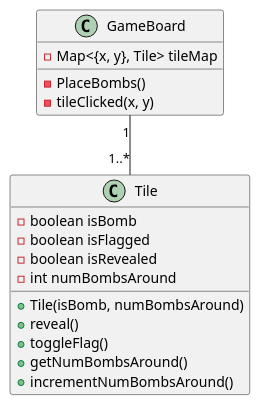
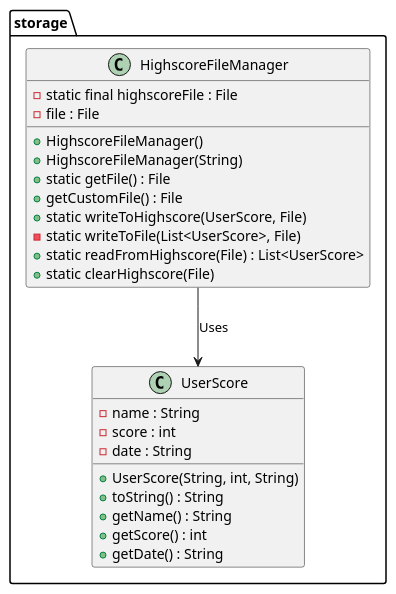
The diagram in minesweeper/clubs.plantuml (Ksund02/minesweeper), drawn with PlantUML before and after one commit.

Commit message:
PlantUML for packages storage

```diff
--- a/minesweeper/clubs.plantuml
+++ b/minesweeper/clubs.plantuml
@@ -1,30 +1,33 @@
 @startuml klasseDiag
 
+package storage {
 
-class Tile{
-    - boolean isBomb
-    - boolean isFlagged
-    - boolean isRevealed
-    - int numBombsAround
+    class HighscoreFileManager {
+        - static final highscoreFile : File
+        - file : File
+        + HighscoreFileManager()
+        + HighscoreFileManager(String)
+        + static getFile() : File
+        + getCustomFile() : File
+        + static writeToHighscore(UserScore, File)
+        - static writeToFile(List<UserScore>, File)
+        + static readFromHighscore(File) : List<UserScore>
+        + static clearHighscore(File)
+    }
 
-    + Tile(isBomb, numBombsAround)
-    + reveal()
-    + toggleFlag()
-    + getNumBombsAround()
-    + incrementNumBombsAround()
-    
-}
+    class UserScore {
+        - name : String
+        - score : int
+        - date : String
+        + UserScore(String, int, String)
+        + toString() : String
+        + getName() : String
+        + getScore() : int
+        + getDate() : String
+    }
 
-class GameBoard {
-    - Map<{x, y}, Tile> tileMap
-    
-    
-    
-    - PlaceBombs()
-    - tileClicked(x, y)
+    HighscoreFileManager --> UserScore: Uses
 
 }
 
-GameBoard "1" -- "1..*" Tile
-
 @enduml
```
